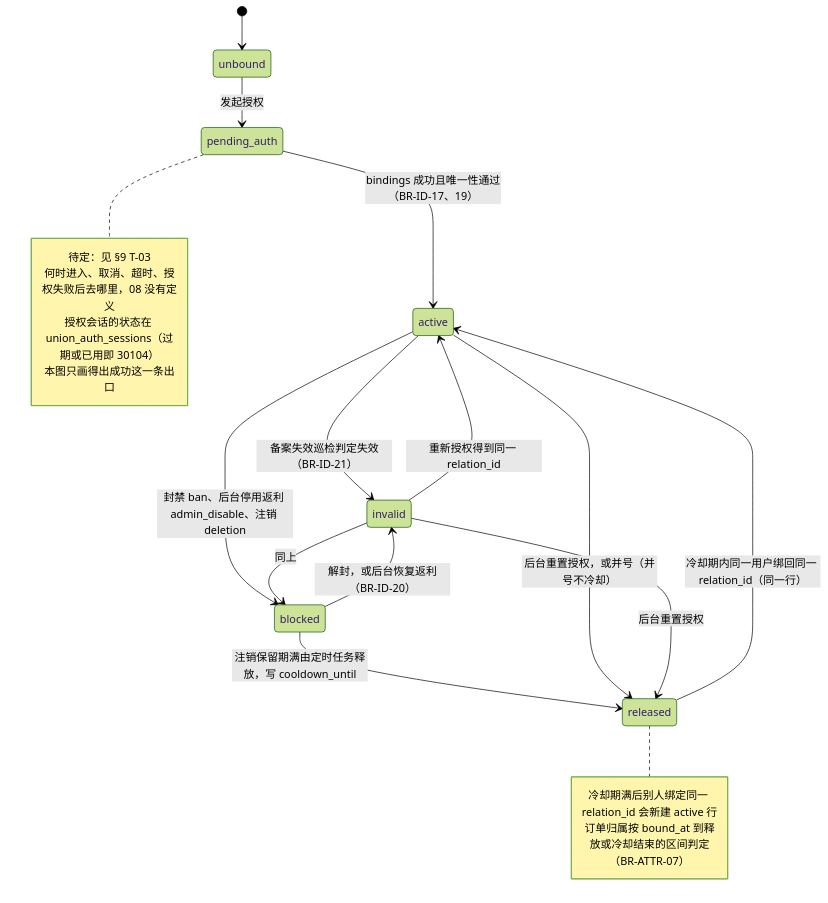
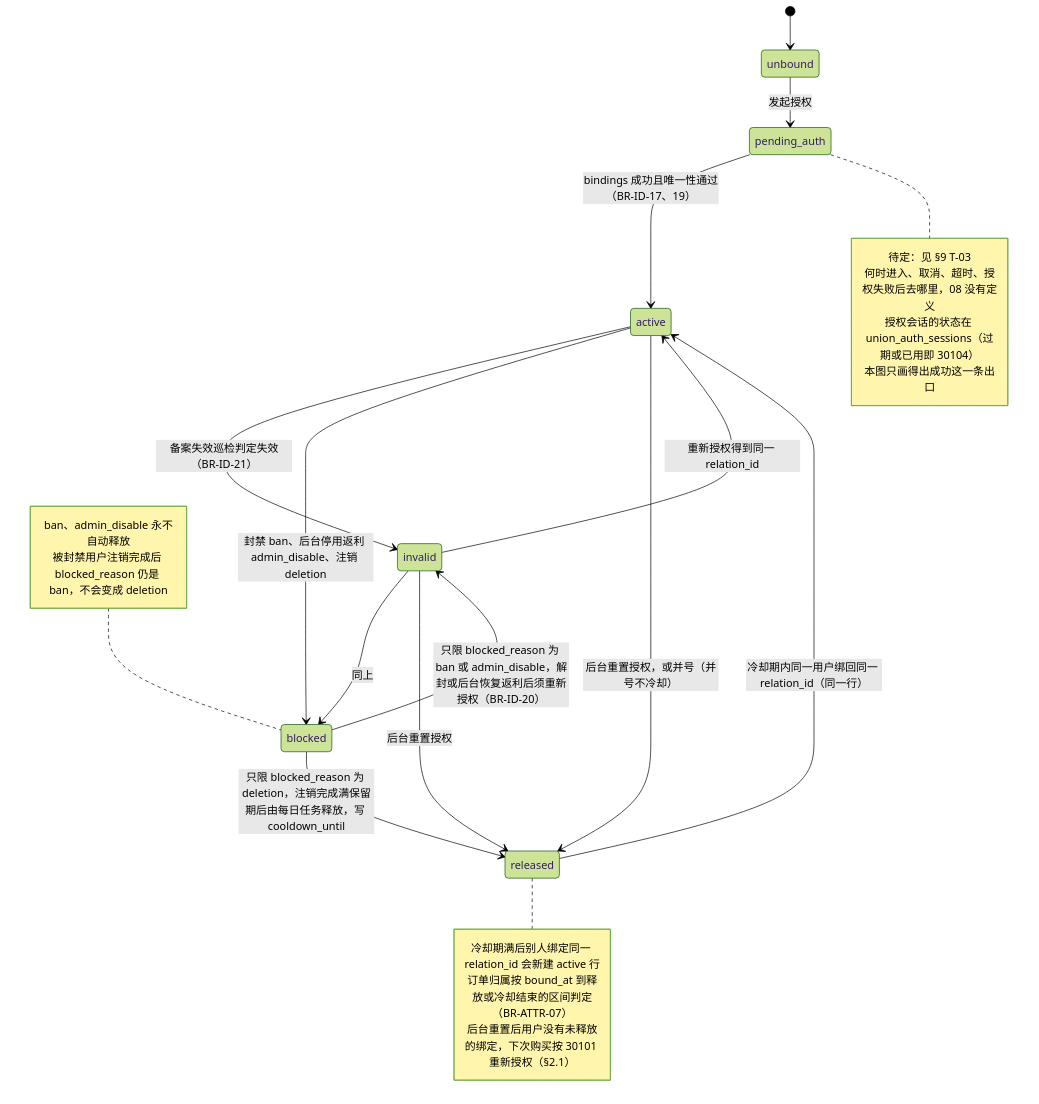
Before and after one commit to zora4523-bot/couli: diagram 40 of 41 in 规划/12_关键流程与状态图.md, drawn with Mermaid (forest theme). The commit also changed other lines of this file, not shown here.

Commit message:
docs(12): section 7.4, blocked bindings are released only when blocked_reason is deletion (Codex round 2 B16)
The two exits of blocked are now guarded by blocked_reason: ban and
admin_disable never release automatically and only return to invalid after
unban or an admin restore; deletion is released by the daily job after the
retention period. A note records that a banned user who deletes the account
keeps blocked_reason=ban (BR-ID-20).

````diff
--- a/规划/12_关键流程与状态图.md
+++ b/规划/12_关键流程与状态图.md
@@ -2569,25 +2569,30 @@
 ```mermaid
 stateDiagram-v2
   [*] --> unbound
   unbound --> pending_auth: 发起授权
   pending_auth --> active: bindings 成功且唯一性通过（BR-ID-17、19）
   active --> invalid: 备案失效巡检判定失效（BR-ID-21）
   invalid --> active: 重新授权得到同一 relation_id
   active --> blocked: 封禁 ban、后台停用返利 admin_disable、注销 deletion
   invalid --> blocked: 同上
-  blocked --> invalid: 解封，或后台恢复返利（BR-ID-20）
-  blocked --> released: 注销保留期满由定时任务释放，写 cooldown_until
+  blocked --> invalid: 只限 blocked_reason 为 ban 或 admin_disable，解封或后台恢复返利后须重新授权（BR-ID-20）
+  blocked --> released: 只限 blocked_reason 为 deletion，注销完成满保留期后由每日任务释放，写 cooldown_until
   active --> released: 后台重置授权，或并号（并号不冷却）
   invalid --> released: 后台重置授权
   released --> active: 冷却期内同一用户绑回同一 relation_id（同一行）
   note right of pending_auth
     待定：见 §9 T-03
     何时进入、取消、超时、授权失败后去哪里，08 没有定义
     授权会话的状态在 union_auth_sessions（过期或已用即 30104）
     本图只画得出成功这一条出口
   end note
   note right of released
     冷却期满后别人绑定同一 relation_id 会新建 active 行
     订单归属按 bound_at 到释放或冷却结束的区间判定（BR-ATTR-07）
+    后台重置后用户没有未释放的绑定，下次购买按 30101 重新授权（§2.1）
+  end note
+  note left of blocked
+    ban、admin_disable 永不自动释放
+    被封禁用户注销完成后 blocked_reason 仍是 ban，不会变成 deletion
   end note
 ```
````
